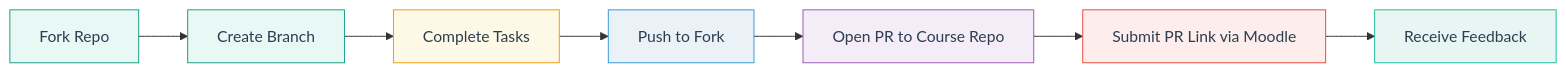
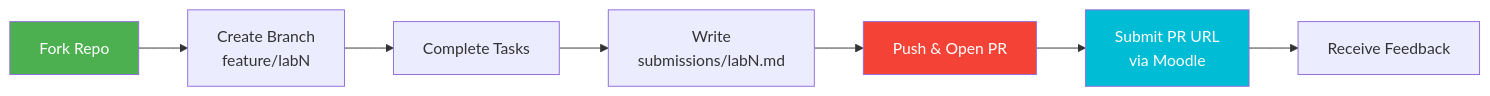
One commit to SamiKO228/DevSecOps-Intro changed the second of 2 diagrams in README.md. Above: the diagram before and after it, drawn with Mermaid. The commit also changed other lines of this file, not shown here.

````diff
--- a/README.md
+++ b/README.md
@@ -552,17 +155,13 @@
 ```mermaid
 graph LR
-    A[Fork Repo] --> B[Create Branch]
-    B --> C[Complete Tasks]
-    C --> D[Push to Fork]
-    D --> E[Open PR to Course Repo]
-    E --> F[Submit PR Link via Moodle]
-    F --> G[Receive Feedback]
-    
-    style A fill:#e8f8f5,stroke:#16a085,color:#2c3e50
-    style B fill:#e8f8f5,stroke:#16a085,color:#2c3e50
-    style C fill:#fef9e7,stroke:#f39c12,color:#2c3e50
-    style D fill:#eaf2f8,stroke:#3498db,color:#2c3e50
-    style E fill:#f4ecf7,stroke:#9b59b6,color:#2c3e50
-    style F fill:#fdedec,stroke:#e74c3c,color:#2c3e50
-    style G fill:#e8f6f3,stroke:#1abc9c,color:#2c3e50
+    A["Fork Repo"] --> B["Create Branch<br/>feature/labN"]
+    B --> C["Complete Tasks"]
+    C --> D["Write<br/>submissions/labN.md"]
+    D --> E["Push & Open PR"]
+    E --> F["Submit PR URL<br/>via Moodle"]
+    F --> G["Receive Feedback"]
+
+    style A fill:#4CAF50,color:#fff
+    style E fill:#F44336,color:#fff
+    style F fill:#00BCD4,color:#fff
 ```
````
